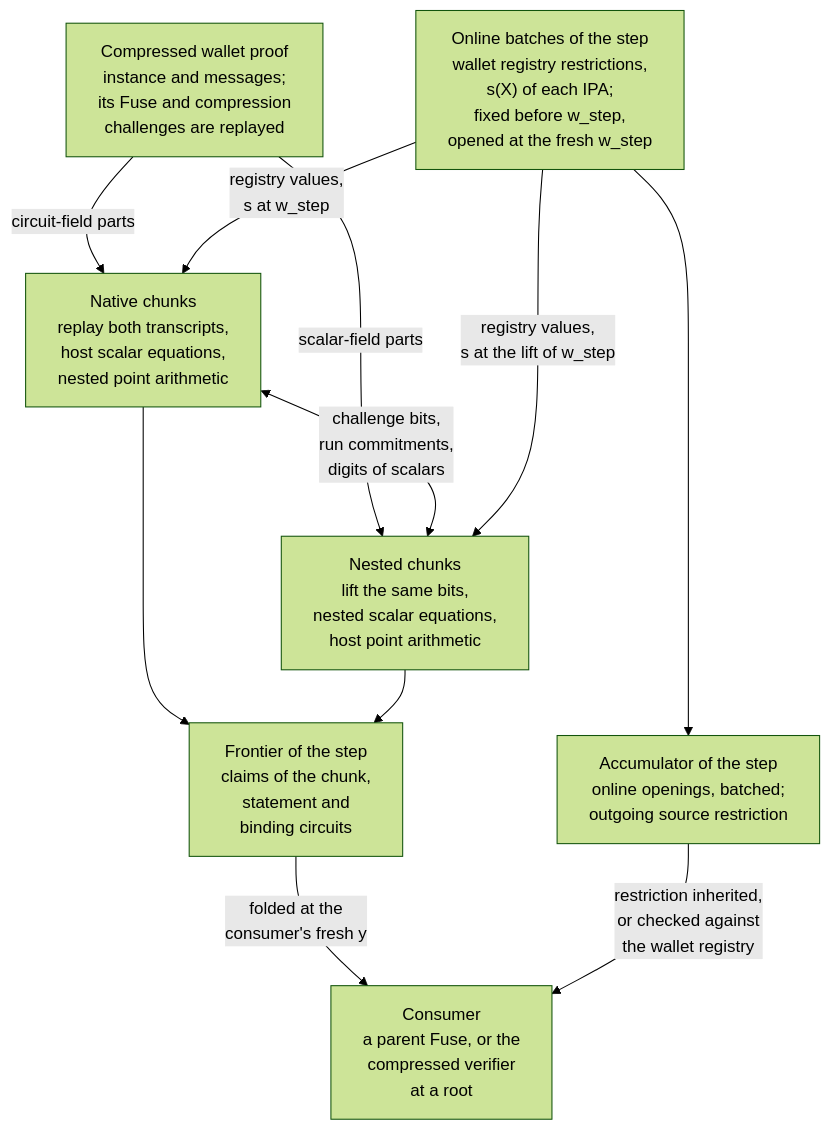
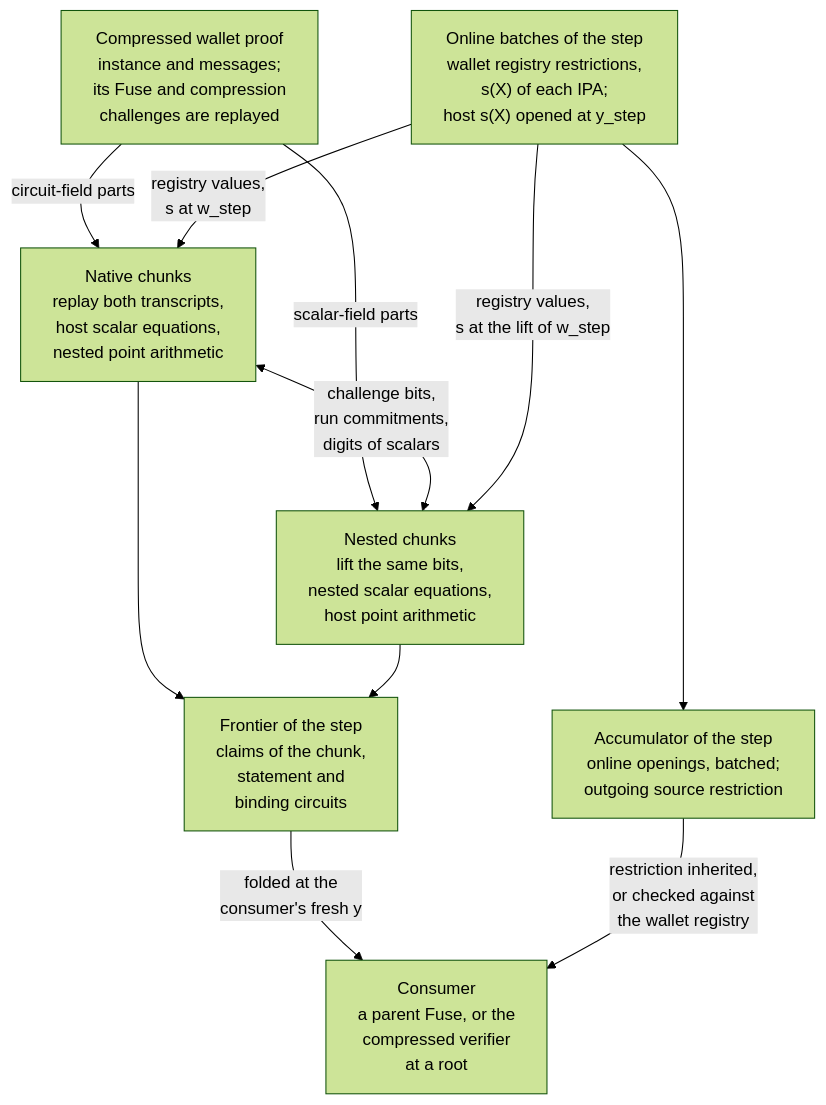
One commit to tachyon-zcash/ragu changed the first of 5 diagrams in book/src/protocol/recursion/decompression.md. Above: the diagram before and after it, drawn with Mermaid (forest theme). The commit also changed other lines of this file and 74 other files, not shown here.

First line of the commit message:
pcd: preserve online polynomials through decompression

````diff
--- a/book/src/protocol/recursion/decompression.md
+++ b/book/src/protocol/recursion/decompression.md
@@ -67,22 +68,22 @@
 ```mermaid
 flowchart TB
     accTitle: Boundaries of a decompression
-    accDescr: The compressed wallet proof supplies its circuit-field parts to the native chunks and its scalar-field parts to the nested chunks. The native chunks replay the wallet proof's Fuse and compression transcripts. The two sides exchange challenge bits, run commitments and the digits of full-width scalars, and each recomputes the commitments of the other's stages. The enclosing aggregator Fuse fixes its online batches before its own challenge and opens them at that challenge, which gives both sides the registry values and the values of each IPA polynomial. The openings are batched into the step's accumulator with an outgoing source restriction, and the claims of the chunk, statement and binding circuits join the step's frontier. A consumer folds those claims at a fresh challenge of its own and inherits the restriction, or checks both at a root.
+    accDescr: The compressed wallet proof supplies its circuit-field parts to the native chunks and its scalar-field parts to the nested chunks. The native chunks replay the wallet proof's Fuse and compression transcripts. The two sides exchange challenge bits, run commitments and the digits of full-width scalars, and each recomputes the commitments of the other's stages. The enclosing aggregator Fuse supplies the registry and IPA polynomial evaluations through its own online batches. The openings are batched into the step's accumulator with an outgoing source restriction, and the claims of the chunk, statement and binding circuits join the step's frontier. A consumer folds those claims at a fresh challenge of its own and inherits the restriction, or checks both at a root.
     W["Compressed wallet proof<br/>instance and messages;<br/>its Fuse and compression<br/>challenges are replayed"]
-    ON["Online batches of the step<br/>wallet registry restrictions,<br/>s(X) of each IPA;<br/>fixed before w_step,<br/>opened at the fresh w_step"]
+    ON["Online batches of the step<br/>wallet registry restrictions,<br/>s(X) of each IPA;<br/>host s(X) opened at y_step"]
     NA["Native chunks<br/>replay both transcripts,<br/>host scalar equations,<br/>nested point arithmetic"]
     NE["Nested chunks<br/>lift the same bits,<br/>nested scalar equations,<br/>host point arithmetic"]
     FR["Frontier of the step<br/>claims of the chunk,<br/>statement and<br/>binding circuits"]
     AC["Accumulator of the step<br/>online openings, batched;<br/>outgoing source restriction"]
     CO["Consumer<br/>a parent Fuse, or the<br/>compressed verifier<br/>at a root"]
     W -->|"circuit-field parts"| NA
     W -->|"scalar-field parts"| NE
     NA <-->|"challenge bits,<br/>run commitments,<br/>digits of scalars"| NE
     ON -->|"registry values,<br/>s at w_step"| NA
     ON -->|"registry values,<br/>s at the lift of w_step"| NE
     ON --> AC
     NA --> FR
     NE --> FR
     FR -->|"folded at the<br/>consumer's fresh y"| CO
     AC -->|"restriction inherited,<br/>or checked against<br/>the wallet registry"| CO
 ```
````
